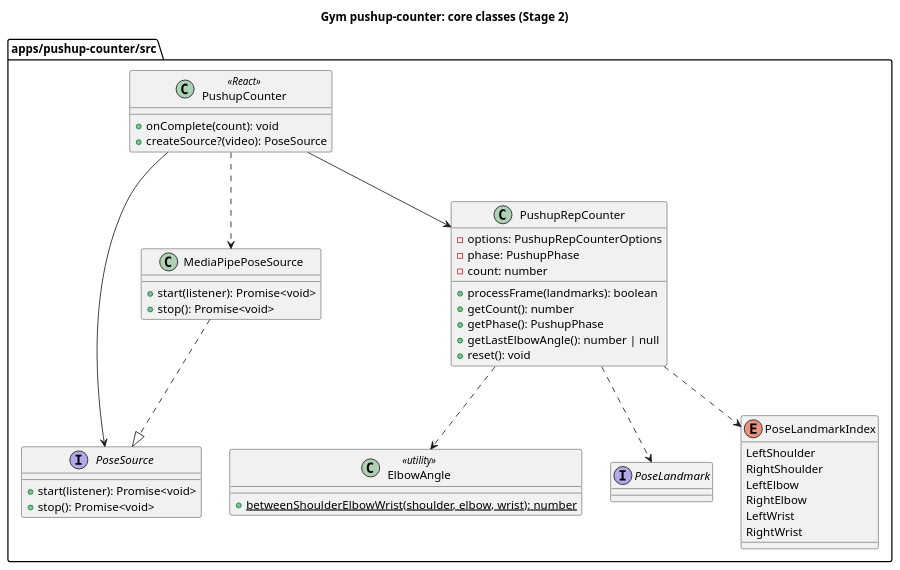
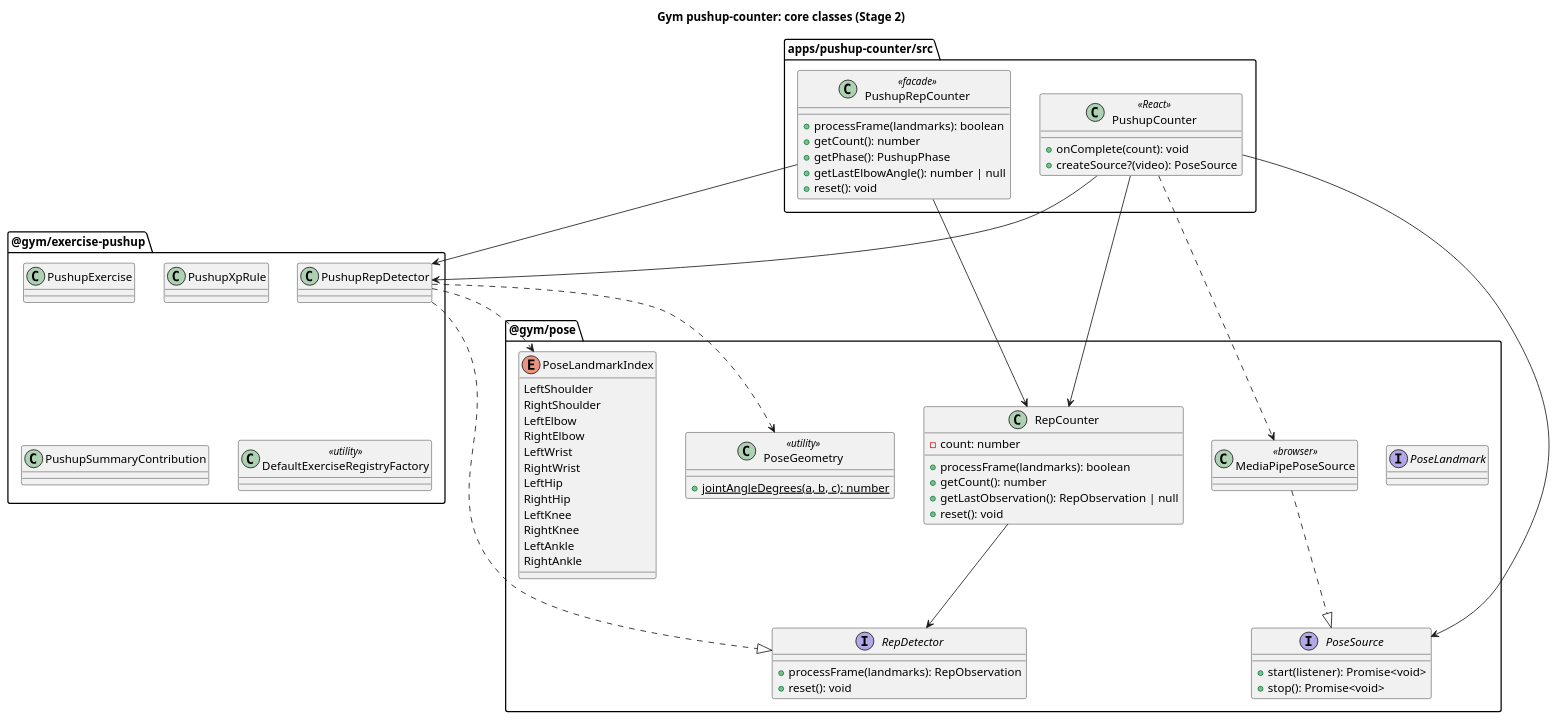
One commit to bobosiband/Gym changed the diagram in docs/uml/pushup-counter/class.puml. Above: the diagram before and after it, drawn with PlantUML. The commit also changed 67 other files, not shown here.

First line of the commit message:
feat(exercises): extract Exercise abstraction and generic pose packages (#20)

```diff
--- a/docs/uml/pushup-counter/class.puml
+++ b/docs/uml/pushup-counter/class.puml
@@ -1,56 +1,83 @@
 @startuml
 title Gym pushup-counter: core classes (Stage 2)
 
 skinparam shadowing false
 
-package "apps/pushup-counter/src" {
-  class ElbowAngle <<utility>> {
-    + {static} betweenShoulderElbowWrist(shoulder, elbow, wrist): number
-  }
-
+package "@gym/pose" {
   interface PoseLandmark
   enum PoseLandmarkIndex {
     LeftShoulder
     RightShoulder
     LeftElbow
     RightElbow
     LeftWrist
     RightWrist
+    LeftHip
+    RightHip
+    LeftKnee
+    RightKnee
+    LeftAnkle
+    RightAnkle
+  }
+
+  class PoseGeometry <<utility>> {
+    + {static} jointAngleDegrees(a, b, c): number
   }
 
   interface PoseSource {
     + start(listener): Promise<void>
     + stop(): Promise<void>
   }
 
-  class PushupRepCounter {
-    - options: PushupRepCounterOptions
-    - phase: PushupPhase
+  interface RepDetector {
+    + processFrame(landmarks): RepObservation
+    + reset(): void
+  }
+
+  class RepCounter {
     - count: number
+    + processFrame(landmarks): boolean
+    + getCount(): number
+    + getLastObservation(): RepObservation | null
+    + reset(): void
+  }
+
+  class MediaPipePoseSource <<browser>>
+}
+
+package "@gym/exercise-pushup" {
+  class PushupRepDetector
+  class PushupExercise
+  class PushupXpRule
+  class PushupSummaryContribution
+  class DefaultExerciseRegistryFactory <<utility>>
+}
+
+package "apps/pushup-counter/src" {
+  class PushupRepCounter <<facade>> {
     + processFrame(landmarks): boolean
     + getCount(): number
     + getPhase(): PushupPhase
     + getLastElbowAngle(): number | null
     + reset(): void
-  }
-
-  class MediaPipePoseSource {
-    + start(listener): Promise<void>
-    + stop(): Promise<void>
   }
 
   class PushupCounter <<React>> {
     + onComplete(count): void
     + createSource?(video): PoseSource
   }
 }
 
-PushupRepCounter ..> ElbowAngle
-PushupRepCounter ..> PoseLandmarkIndex
-PushupRepCounter ..> PoseLandmark
+RepCounter --> RepDetector
+PushupRepDetector ..|> RepDetector
+PushupRepDetector ..> PoseGeometry
+PushupRepDetector ..> PoseLandmarkIndex
+PushupRepCounter --> RepCounter
+PushupRepCounter --> PushupRepDetector
 MediaPipePoseSource ..|> PoseSource
 PushupCounter --> PoseSource
-PushupCounter --> PushupRepCounter
+PushupCounter --> RepCounter
+PushupCounter --> PushupRepDetector
 PushupCounter ..> MediaPipePoseSource
 
 @enduml
```
